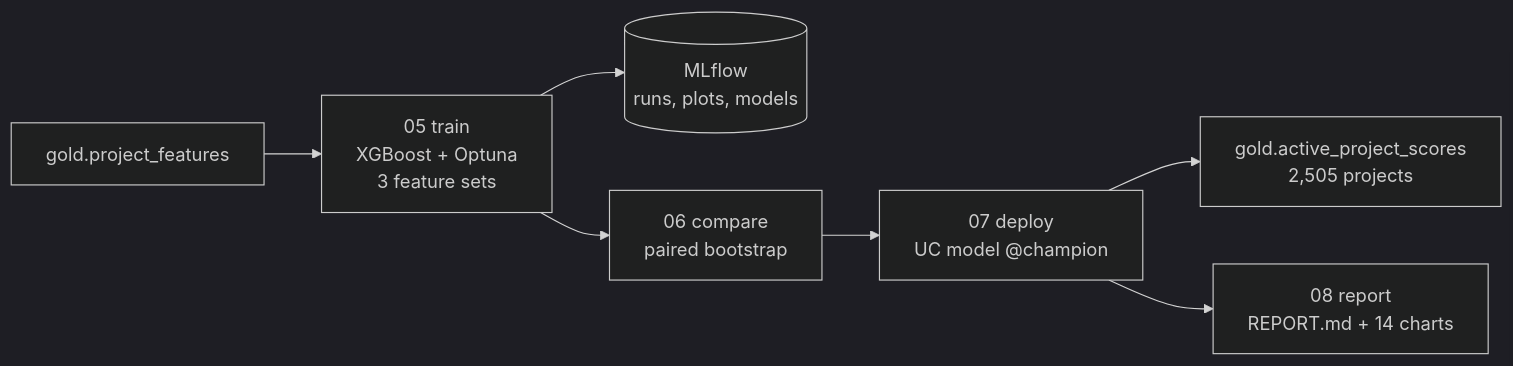
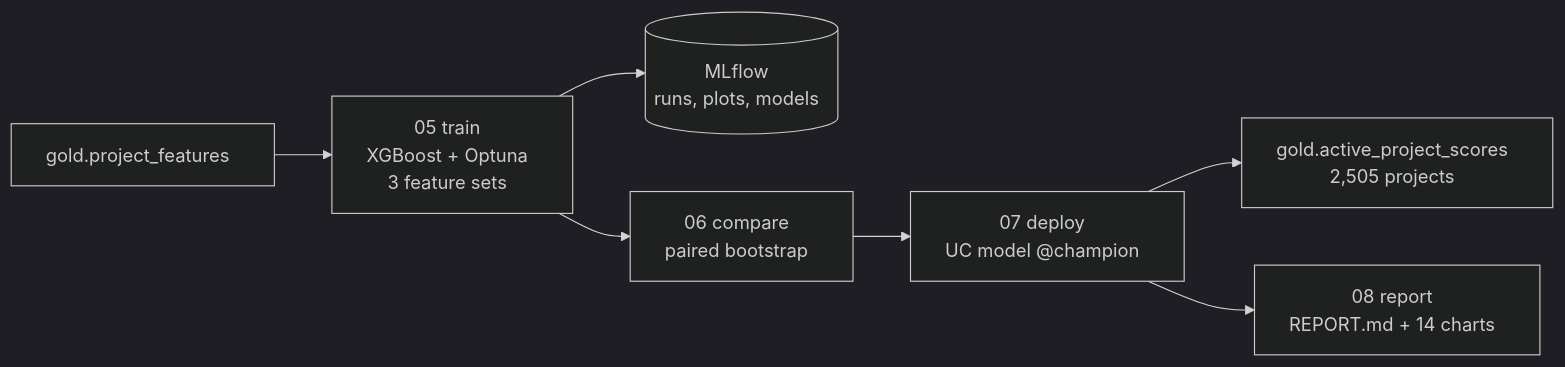
The second of 3 diagrams in README.md (ShabadVaswani/worldbank-outcome-databricks), drawn with Mermaid (dark theme) before and after one commit. The commit also changed other lines of this file, not shown here.

Commit message:
README: pad Mermaid labels so GitHub doesn't clip them

````diff
--- a/README.md
+++ b/README.md
@@ -145,9 +145,9 @@
 ```mermaid
 flowchart LR
-  G1["gold.project_features"] --> T["05 train<br/>XGBoost + Optuna<br/>3 feature sets"]
-  T --> MF[("MLflow<br/>runs, plots, models")]
-  T --> C["06 compare<br/>paired bootstrap"]
-  C --> D["07 deploy<br/>UC model @champion"]
-  D --> SC["gold.active_project_scores<br/>2,505 projects"]
-  D --> R["08 report<br/>REPORT.md + 14 charts"]
+  G1["gold.project_features#nbsp;#nbsp;"] --> T["05 train#nbsp;#nbsp;<br/>XGBoost + Optuna#nbsp;#nbsp;<br/>3 feature sets#nbsp;#nbsp;"]
+  T --> MF[("MLflow#nbsp;#nbsp;<br/>runs, plots, models#nbsp;#nbsp;")]
+  T --> C["06 compare#nbsp;#nbsp;<br/>paired bootstrap#nbsp;#nbsp;"]
+  C --> D["07 deploy#nbsp;#nbsp;<br/>UC model @champion#nbsp;#nbsp;"]
+  D --> SC["gold.active_project_scores#nbsp;#nbsp;<br/>2,505 projects#nbsp;#nbsp;"]
+  D --> R["08 report#nbsp;#nbsp;<br/>REPORT.md + 14 charts#nbsp;#nbsp;"]
 ```
````
